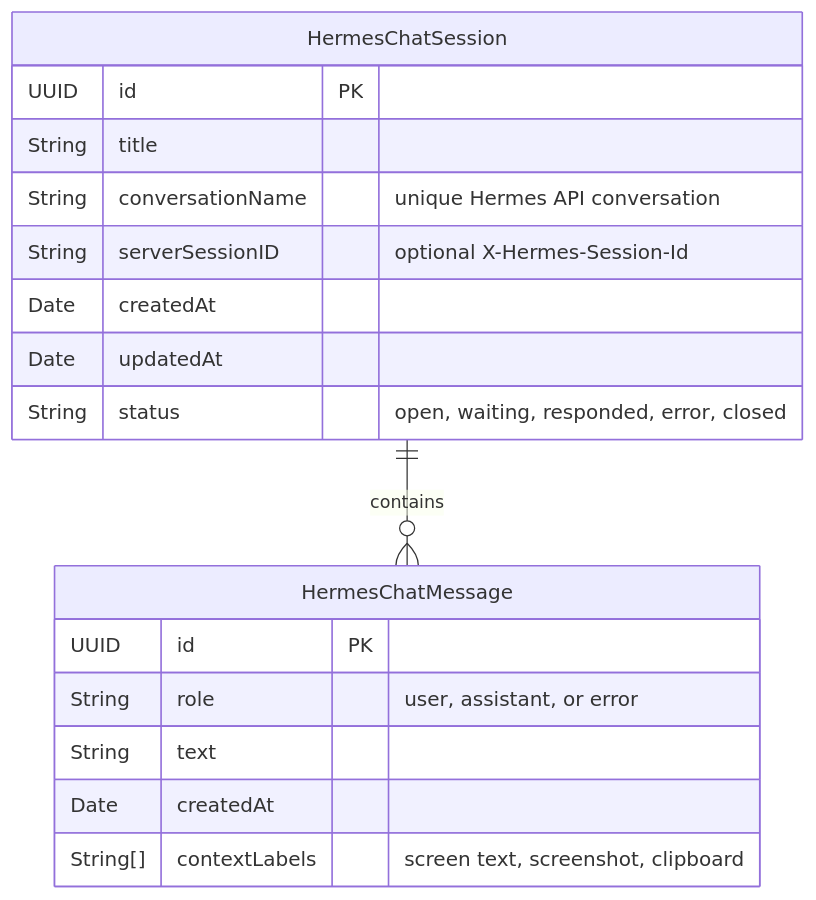
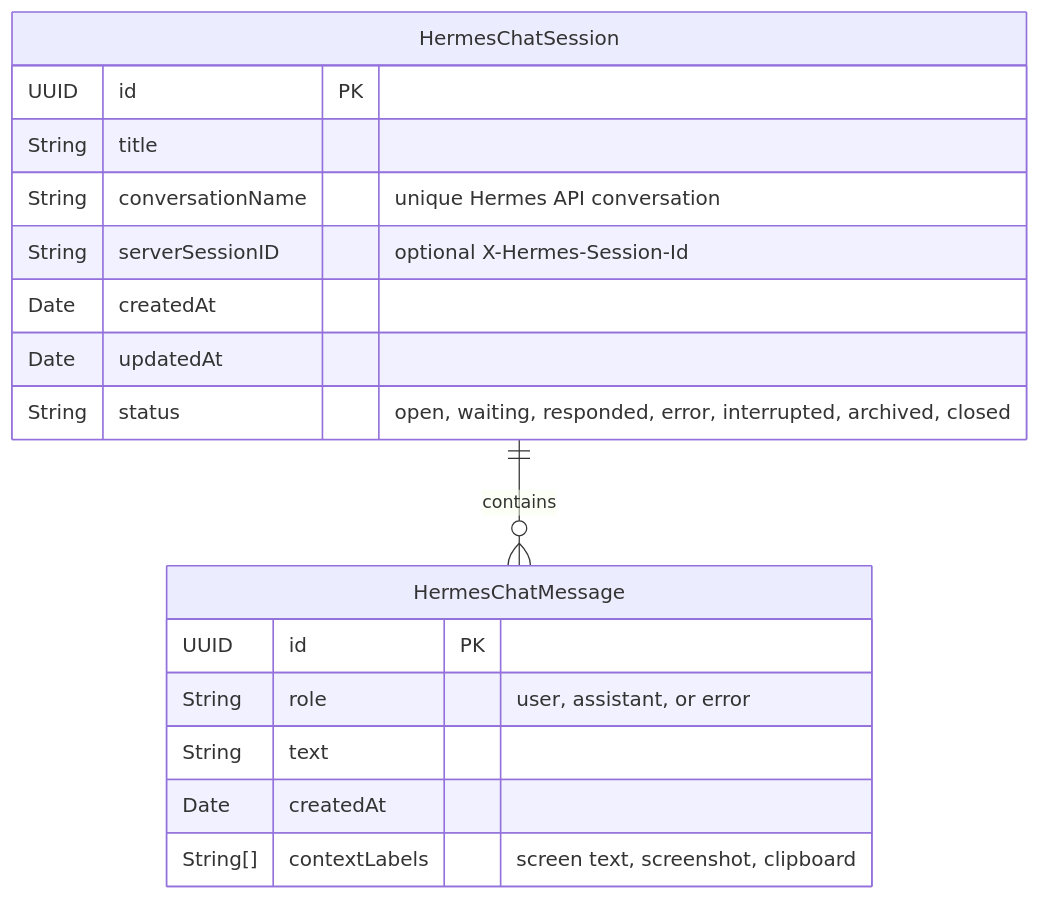
Before and after one commit to dkapo88/WonderWhisper-macOS: the third of 12 diagrams in datamodel.md, drawn with Mermaid. The commit also changed other lines of this file and 6 other files, not shown here.

````diff
--- a/datamodel.md
+++ b/datamodel.md
@@ -132,22 +132,22 @@
 ```mermaid
 erDiagram
     HermesChatSession ||--o{ HermesChatMessage : "contains"
 
     HermesChatSession {
         UUID id PK
         String title
         String conversationName "unique Hermes API conversation"
         String serverSessionID "optional X-Hermes-Session-Id"
         Date createdAt
         Date updatedAt
-        String status "open, waiting, responded, error, closed"
+        String status "open, waiting, responded, error, interrupted, archived, closed"
     }
 
     HermesChatMessage {
         UUID id PK
         String role "user, assistant, or error"
         String text
         Date createdAt
         String[] contextLabels "screen text, screenshot, clipboard"
     }
 ```
````
